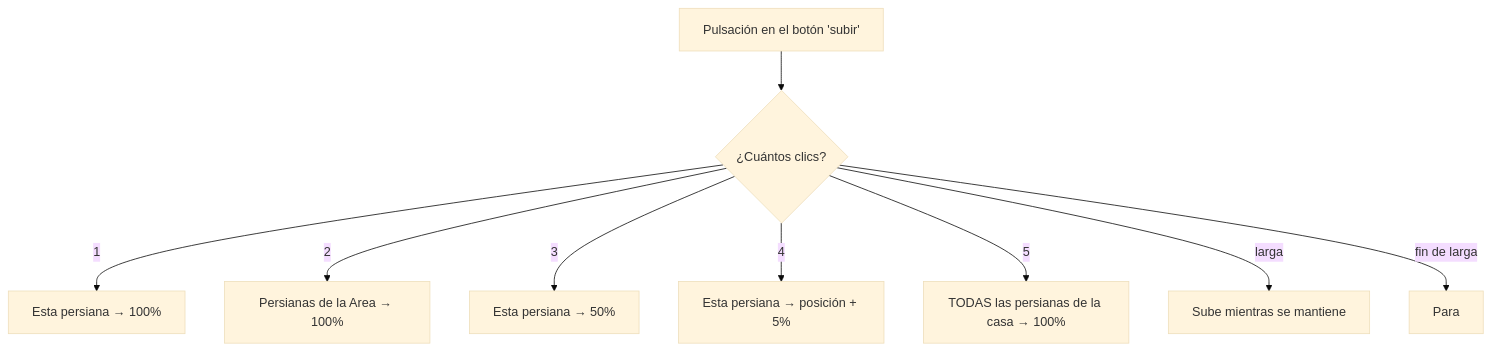
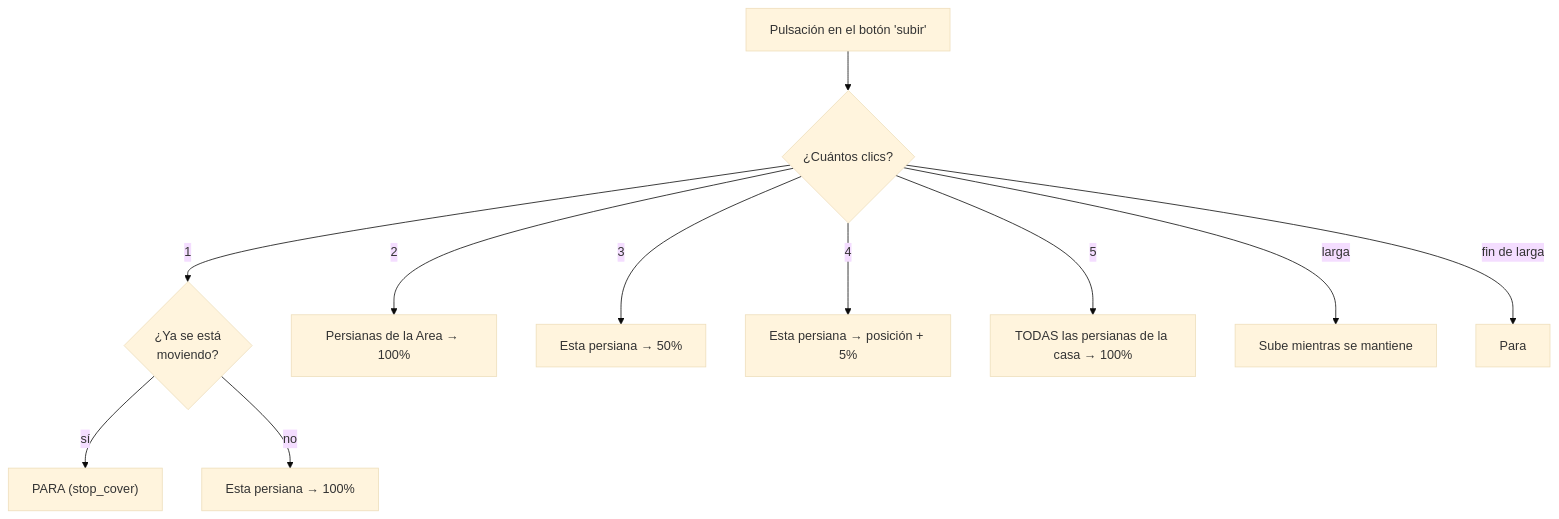
Before and after one commit to GerardUmbert/arduino-mega-mqtt-ha: the diagram in docs/docs/blueprints/persiana-pulsador-completo.md, drawn with Mermaid (base theme). The commit also changed other lines of this file and 3 other files, not shown here.

First line of the commit message:
persiana_pulsador_completo v1.1.0: 1 pulsacion para la persiana si se mueve

````diff
--- a/docs/docs/blueprints/persiana-pulsador-completo.md
+++ b/docs/docs/blueprints/persiana-pulsador-completo.md
@@ -29,11 +46,13 @@
 ```mermaid
 flowchart TD
     P["Pulsación en el botón 'subir'"] --> N{"¿Cuántos clics?"}
-    N -- "1" --> A["Esta persiana → 100%"]
+    N -- "1" --> T{"¿Ya se está<br/>moviendo?"}
+    T -- "sí" --> STOP["PARA (stop_cover)"]
+    T -- "no" --> A["Esta persiana → 100%"]
     N -- "2" --> B["Persianas de la Area → 100%"]
     N -- "3" --> C["Esta persiana → 50%"]
     N -- "4" --> D["Esta persiana → posición + 5%"]
     N -- "5" --> E["TODAS las persianas de la casa → 100%"]
     N -- "larga" --> F["Sube mientras se mantiene"]
     N -- "fin de larga" --> G["Para"]
 ```
````
